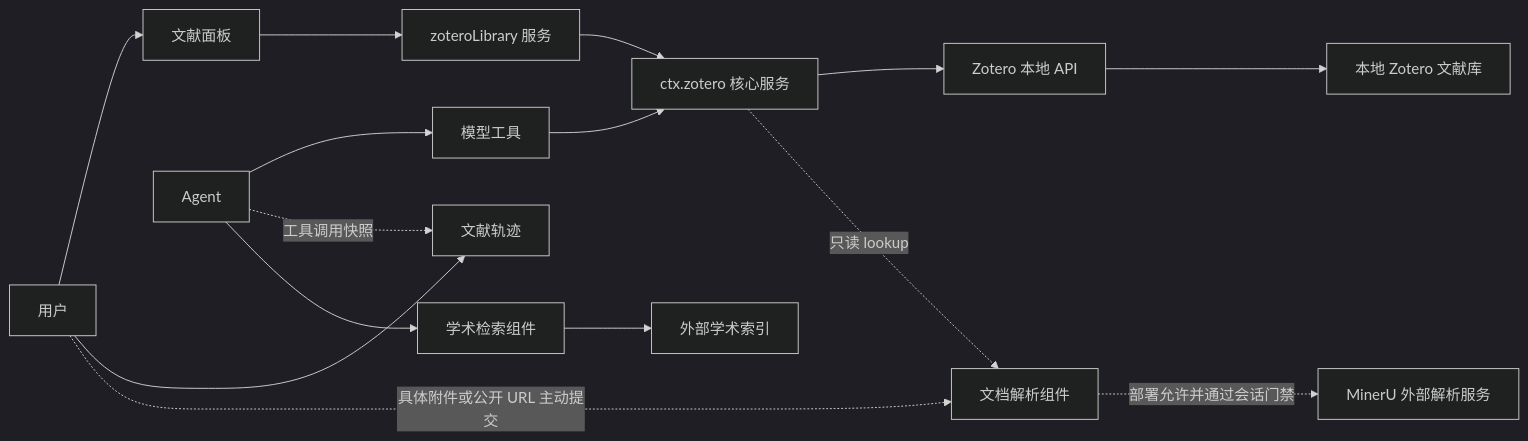
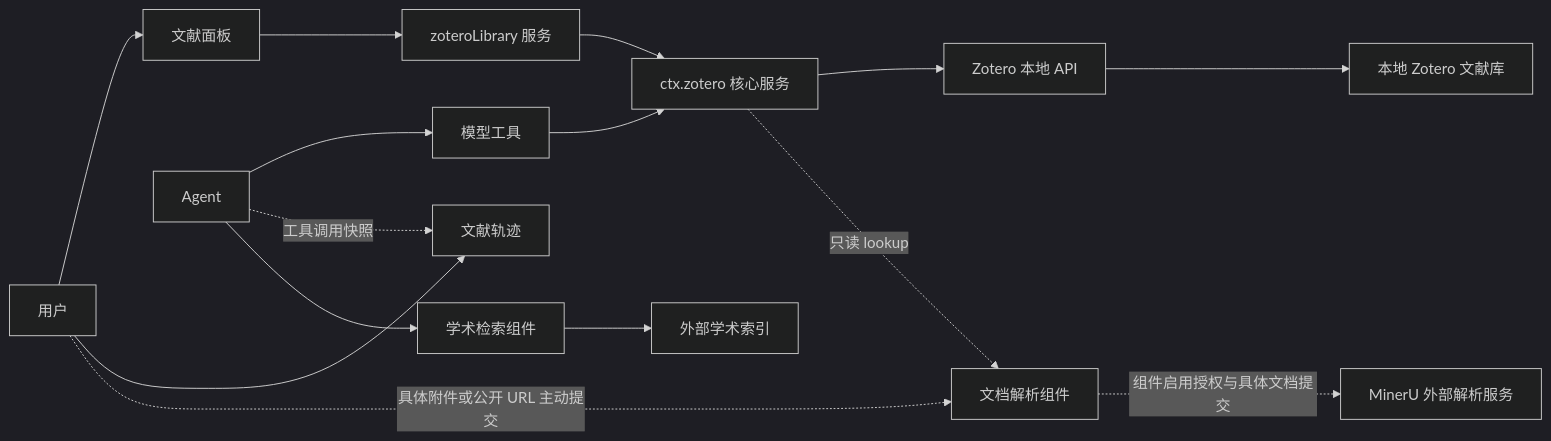
One commit to Vncntvx/dsh-zotero changed the diagram in docs/product-model.md. Above: the diagram before and after it, drawn with Mermaid (dark theme). The commit also changed other lines of this file and 88 other files, not shown here.

````diff
--- a/docs/product-model.md
+++ b/docs/product-model.md
@@ -68,16 +68,16 @@
 ```mermaid
 graph LR
     U[用户] --> P[文献面板]
     A[Agent] --> T[模型工具]
     P --> LS[zoteroLibrary 服务]
     T --> S[ctx.zotero 核心服务]
     LS --> S
     S --> Z[Zotero 本地 API]
     Z --> L[本地 Zotero 文献库]
     A -.->|工具调用快照| TR[文献轨迹]
     U --> TR
     A --> X[学术检索组件] --> E[外部学术索引]
     S -.->|只读 lookup| PA[文档解析组件]
     U -.->|具体附件或公开 URL 主动提交| PA
-    PA -.->|部署允许并通过会话门禁| M[MinerU 外部解析服务]
+    PA -.->|组件启用授权与具体文档提交| M[MinerU 外部解析服务]
 ```
````
